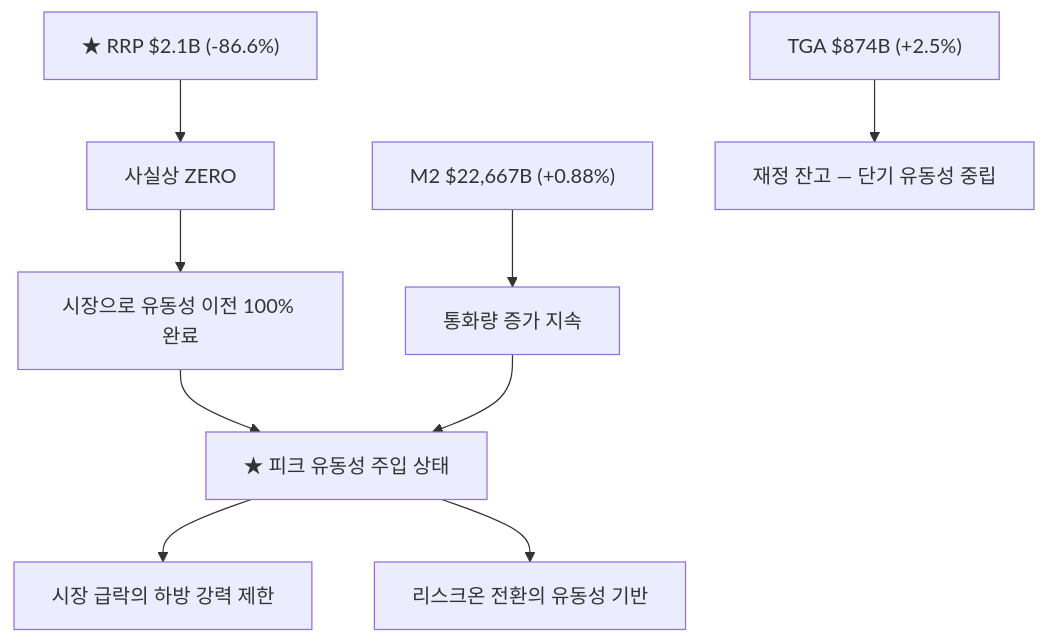
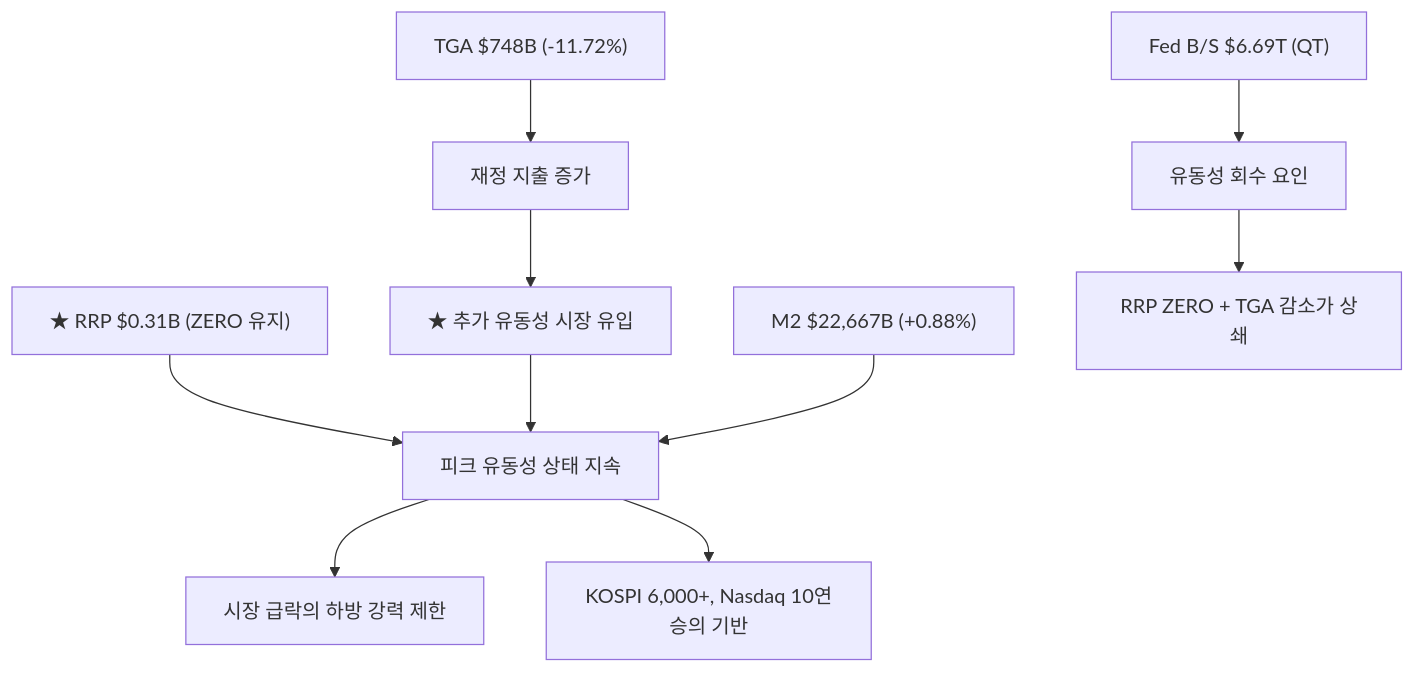
One commit to dss99911/dss99911.github.io changed the fifth of 9 diagrams in _posts/knowledge/invest/2026-01-12-macroeconomic-policy-sector-outlook-2026.md. Above: the diagram before and after it, drawn with Mermaid. The commit also changed other lines of this file and 2 other files, not shown here.

First line of the commit message:
투자 전망 데일리 트랙킹 4/15: KOSPI 6000 돌파, SOXX +13.8%, Anthropic Mythos, 유가 급락

````diff
--- a/_posts/knowledge/invest/2026-01-12-macroeconomic-policy-sector-outlook-2026.md
+++ b/_posts/knowledge/invest/2026-01-12-macroeconomic-policy-sector-outlook-2026.md
@@ -179,11 +205,12 @@
 ```mermaid
 graph TD
-    A["★ RRP $2.1B #40;-86.6%#41;"] --> B["사실상 ZERO"]
-    B --> C["시장으로 유동성 이전 100% 완료"]
-    C --> D["★ 피크 유동성 주입 상태"]
-    E["M2 $22,667B #40;+0.88%#41;"] --> F["통화량 증가 지속"]
-    F --> D
-    D --> G["시장 급락의 하방 강력 제한"]
-    D --> H["리스크온 전환의 유동성 기반"]
-    I["TGA $874B #40;+2.5%#41;"] --> J["재정 잔고 — 단기 유동성 중립"]
+    A["★ RRP $0.31B #40;ZERO 유지#41;"] --> B["피크 유동성 상태 지속"]
+    C["TGA $748B #40;-11.72%#41;"] --> D["재정 지출 증가"]
+    D --> E["★ 추가 유동성 시장 유입"]
+    E --> B
+    F["M2 $22,667B #40;+0.88%#41;"] --> B
+    B --> G["시장 급락의 하방 강력 제한"]
+    B --> H["KOSPI 6,000+, Nasdaq 10연승의 기반"]
+    I["Fed B/S $6.69T #40;QT#41;"] --> J["유동성 회수 요인"]
+    J --> K["RRP ZERO + TGA 감소가 상쇄"]
 ```
````
